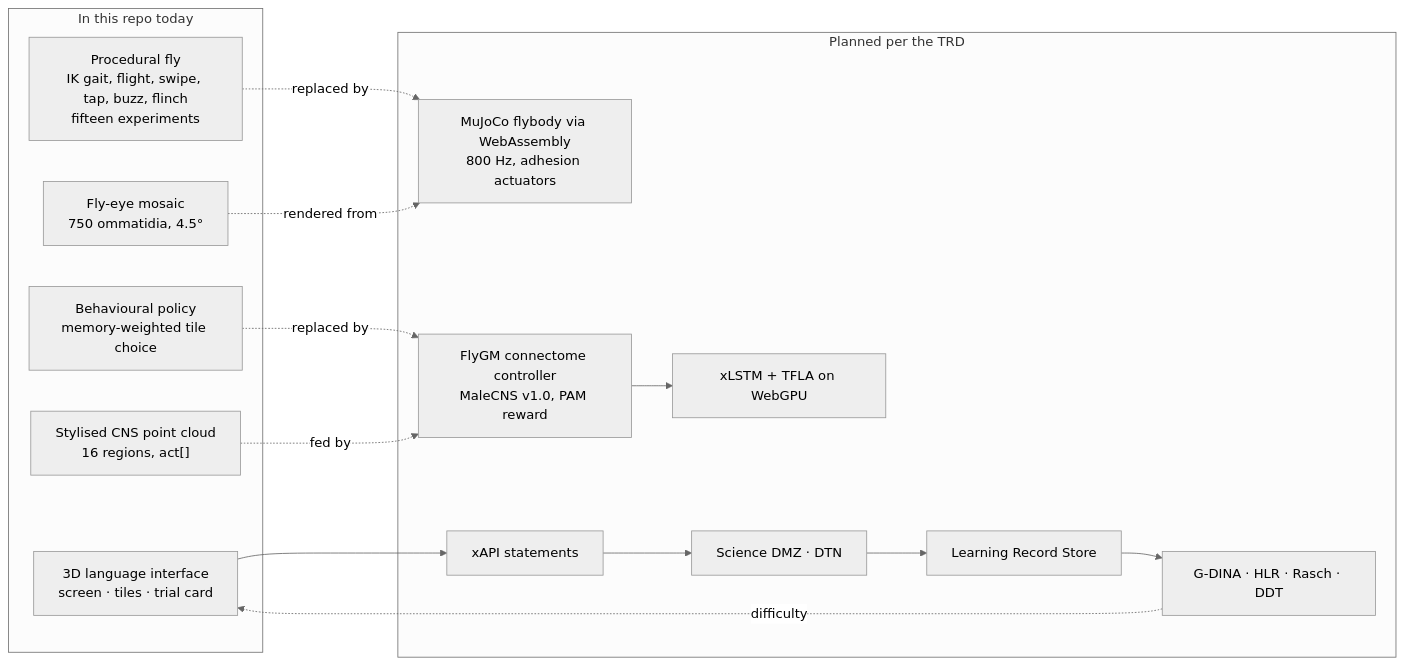
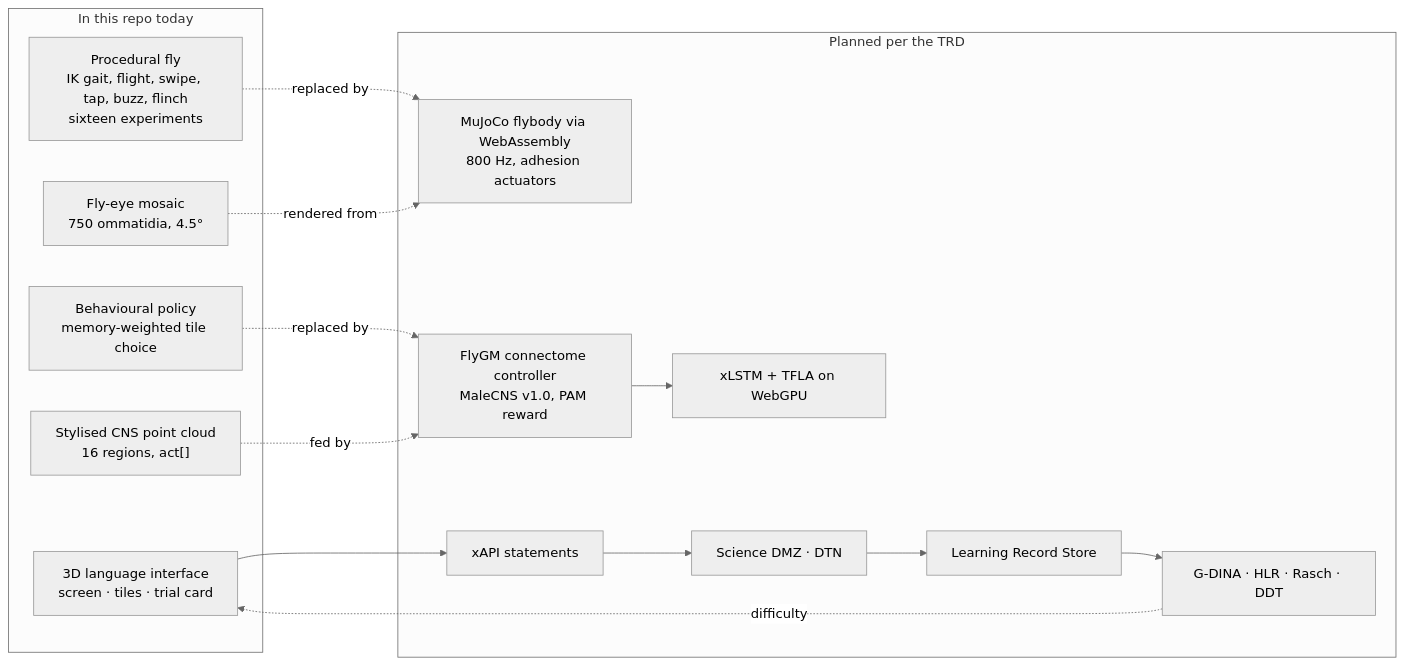
The fourth of 4 diagrams in README.md (jayrosen-design/fly-lingo), drawn with Mermaid (neutral theme) before and after one commit. The commit also changed other lines of this file and 5 other files, not shown here.

````diff
--- a/README.md
+++ b/README.md
@@ -564,26 +579,26 @@
 ```mermaid
 flowchart LR
   subgraph Now["In this repo today"]
     UI["3D language interface<br/>screen · tiles · trial card"]
-    FlyP["Procedural fly<br/>IK gait, flight, swipe, tap, buzz, flinch<br/>fifteen experiments"]
+    FlyP["Procedural fly<br/>IK gait, flight, swipe, tap, buzz, flinch<br/>sixteen experiments"]
     Policy["Behavioural policy<br/>memory-weighted tile choice"]
     BrainViz["Stylised CNS point cloud<br/>16 regions, act[]"]
     Eye["Fly-eye mosaic<br/>750 ommatidia, 4.5°"]
   end
   subgraph Planned["Planned per the TRD"]
     MuJoCo["MuJoCo flybody via WebAssembly<br/>800 Hz, adhesion actuators"]
     FlyGM["FlyGM connectome controller<br/>MaleCNS v1.0, PAM reward"]
     xLSTM["xLSTM + TFLA on WebGPU"]
     xAPI["xAPI statements"]
     DMZ["Science DMZ · DTN"]
     LRS["Learning Record Store"]
     Eval["G-DINA · HLR · Rasch · DDT"]
   end
   Policy -. replaced by .-> FlyGM
   FlyP -. replaced by .-> MuJoCo
   BrainViz -. fed by .-> FlyGM
   Eye -. rendered from .-> MuJoCo
   UI --> xAPI --> DMZ --> LRS --> Eval
   Eval -. difficulty .-> UI
   FlyGM --> xLSTM
 ```
````
